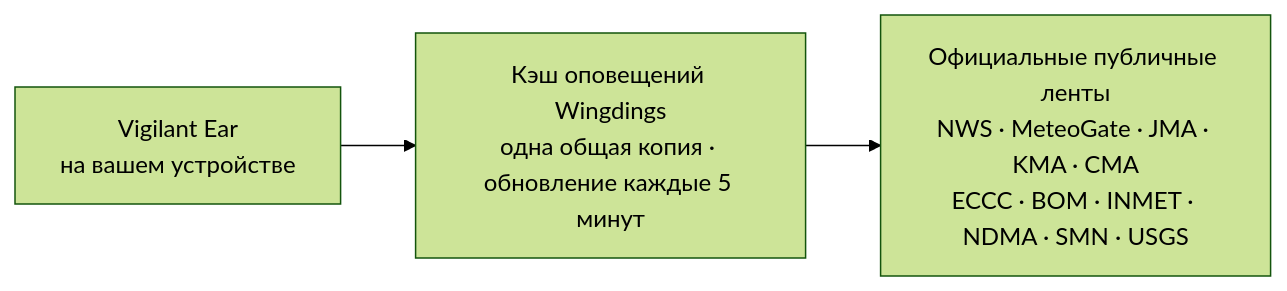
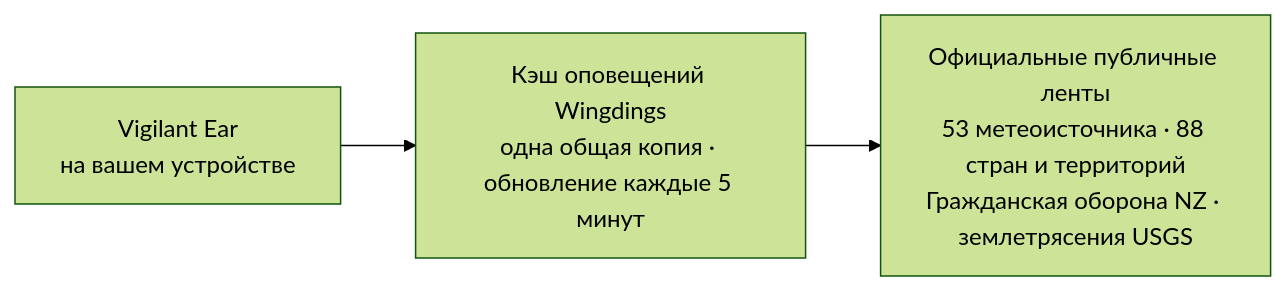
Before and after one commit to rpalm01-star/VigilantEarLegal: the fourth of 4 diagrams in README_ru.md, drawn with Mermaid (forest theme). The commit also changed other lines of this file and 44 other files, not shown here.

````diff
--- a/README_ru.md
+++ b/README_ru.md
@@ -171,5 +171,5 @@
 ```mermaid
 graph LR
     P1["Vigilant Ear<br/>на вашем устройстве"] --> W["Кэш оповещений Wingdings<br/>одна общая копия · обновление каждые 5 минут"]
-    W --> N["Официальные публичные ленты<br/>NWS · MeteoGate · JMA · KMA · CMA<br/>ECCC · BOM · INMET · NDMA · SMN · USGS"]
+    W --> N["Официальные публичные ленты<br/>53 метеоисточника · 88 стран и территорий<br/>Гражданская оборона NZ · землетрясения USGS"]
 ```
````
